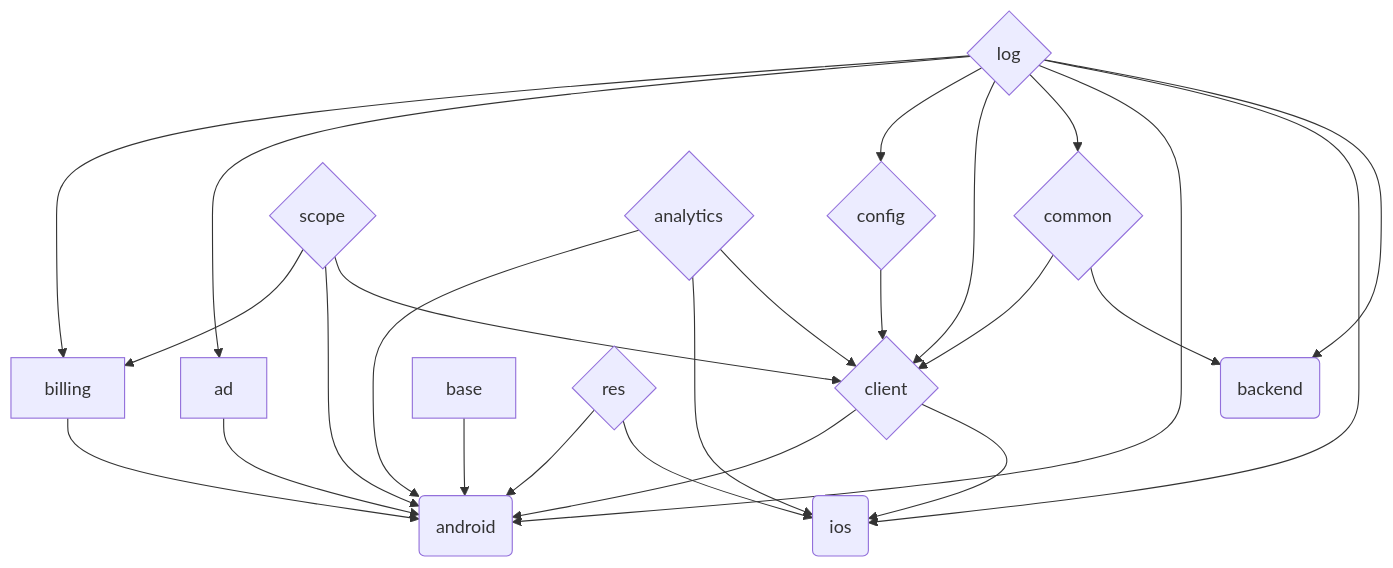
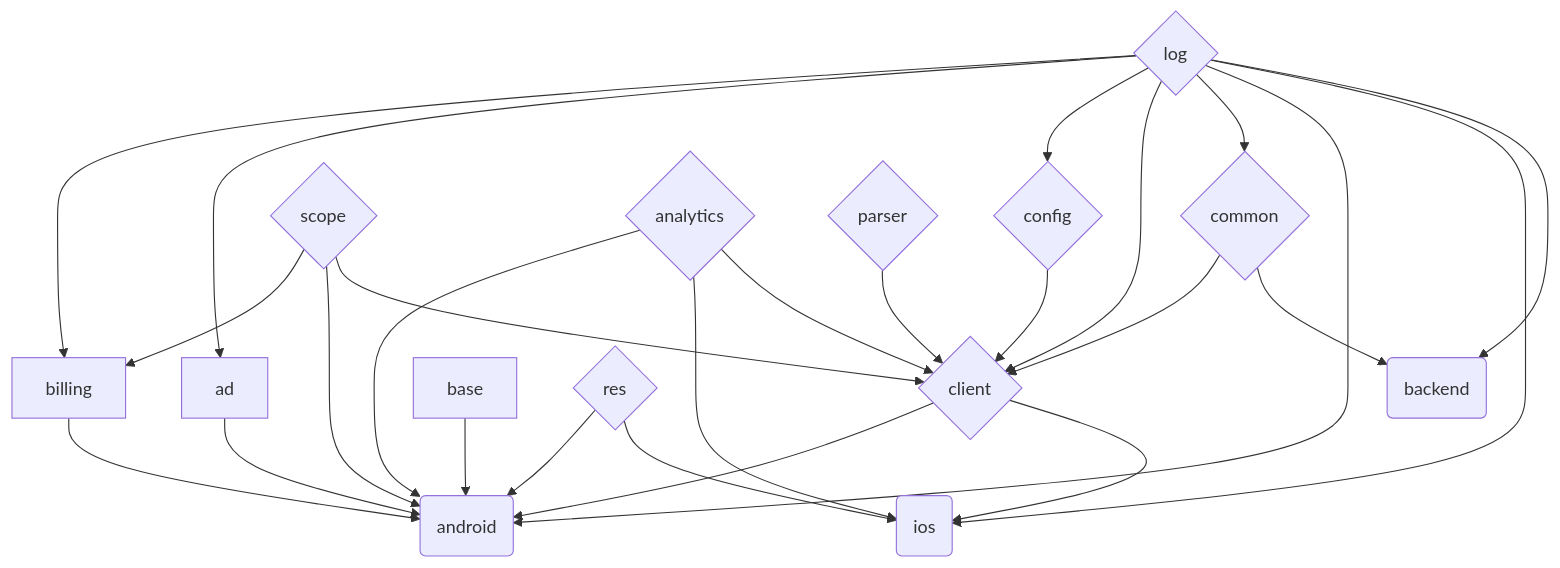
One commit to Oztechan/CCC changed the first of 3 diagrams in README.md. Above: the diagram before and after it, drawn with Mermaid. The commit also changed 6 other files, not shown here.

````diff
--- a/README.md
+++ b/README.md
@@ -28,41 +28,43 @@
 ```mermaid
 graph TD;
 
 log{log} --> billing
 log --> ad
 log --> config
 log --> client
 log --> common
 log --> android
 log --> ios
 log --> backend
 
 scope{scope} --> billing
 scope --> android
 scope --> client
 
 base --> android
 
 billing-->android
 
 ad-->android
 
 config{config}-->client
 
 analytics{analytics} --> android
 analytics --> ios
 analytics-->client
 
 res{res}-->android
 res-->ios
 
+parser{parser} --> client
+
 client{client}-->android
 client-->ios
 
 common{common}-->client
 common-->backend
 
 android(android)
 ios(ios)
 backend(backend)
 ```
````
